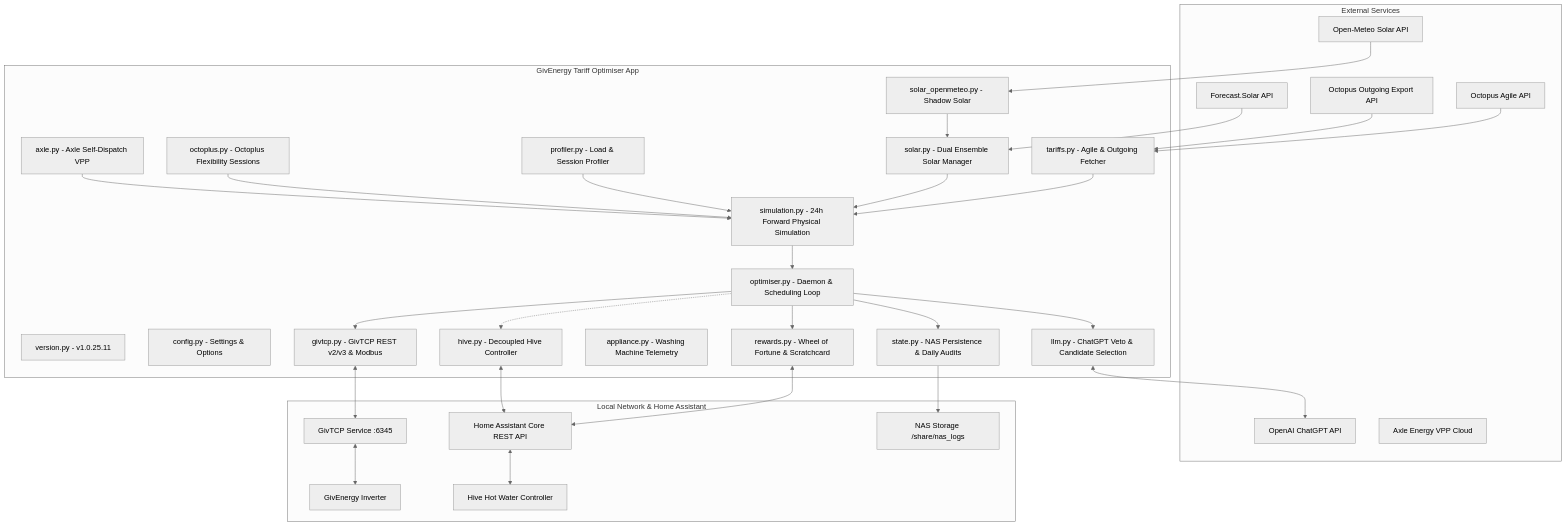
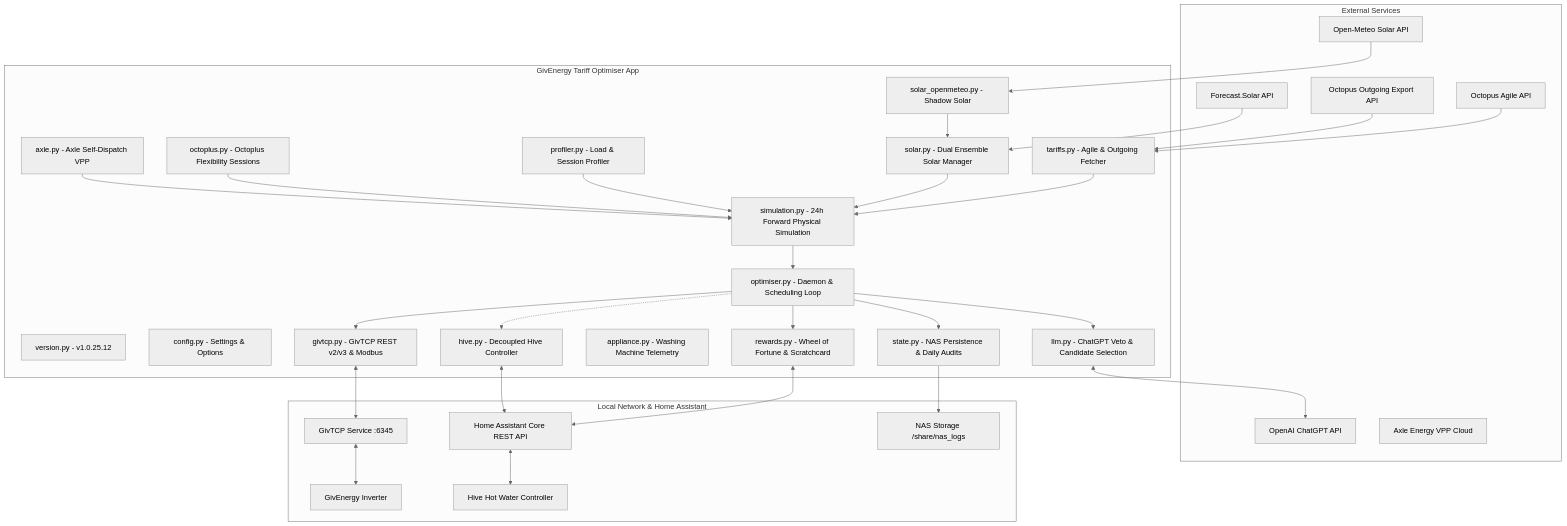
One commit to revhawk/GivEnergy_Tracker changed the first of 3 diagrams in ha-addon/SPECIFICATION.md. Above: the diagram before and after it, drawn with Mermaid (neutral theme). The commit also changed other lines of this file and 8 other files, not shown here.

````diff
--- a/ha-addon/SPECIFICATION.md
+++ b/ha-addon/SPECIFICATION.md
@@ -19,67 +19,67 @@
 ```mermaid
 graph TD
     subgraph External["External Services"]
         Agile["Octopus Agile API"]
         Outgoing["Octopus Outgoing Export API"]
         FSolar["Forecast.Solar API"]
         OMeteo["Open-Meteo Solar API"]
         OpenAI["OpenAI ChatGPT API"]
         Axle_Cloud["Axle Energy VPP Cloud"]
     end
 
     subgraph App["GivEnergy Tariff Optimiser App"]
-        Version["version.py - v1.0.25.11"]
+        Version["version.py - v1.0.25.12"]
         Config["config.py - Settings & Options"]
         Optimiser["optimiser.py - Daemon & Scheduling Loop"]
         SimEngine["simulation.py - 24h Forward Physical Simulation"]
         Tariff_Mod["tariffs.py - Agile & Outgoing Fetcher"]
         Solar_Mod["solar.py - Dual Ensemble Solar Manager"]
         Meteo_Mod["solar_openmeteo.py - Shadow Solar"]
         Profiler_Mod["profiler.py - Load & Session Profiler"]
         GivTCP_Mod["givtcp.py - GivTCP REST v2/v3 & Modbus"]
         Octoplus_Mod["octoplus.py - Octoplus Flexibility Sessions"]
         Axle_Mod["axle.py - Axle Self-Dispatch VPP"]
         Rewards_Mod["rewards.py - Wheel of Fortune & Scratchcard"]
         Appliance_Mod["appliance.py - Washing Machine Telemetry"]
         State_Mod["state.py - NAS Persistence & Daily Audits"]
         LLM_Mod["llm.py - ChatGPT Veto & Candidate Selection"]
         Hive_Mod["hive.py - Decoupled Hive Controller"]
     end
 
     subgraph Local["Local Network & Home Assistant"]
         GivTCP["GivTCP Service :6345"]
         Inverter["GivEnergy Inverter"]
         HA_API["Home Assistant Core REST API"]
         NAS_Share["NAS Storage /share/nas_logs"]
         Hive["Hive Hot Water Controller"]
     end
 
     Agile --> Tariff_Mod
     Outgoing --> Tariff_Mod
     FSolar --> Solar_Mod
     OMeteo --> Meteo_Mod
     Meteo_Mod --> Solar_Mod
 
     Tariff_Mod --> SimEngine
     Solar_Mod --> SimEngine
     Profiler_Mod --> SimEngine
     Octoplus_Mod --> SimEngine
     Axle_Mod --> SimEngine
 
     SimEngine --> Optimiser
     Optimiser --> LLM_Mod
     LLM_Mod <--> OpenAI
     Optimiser --> GivTCP_Mod
     GivTCP_Mod <--> GivTCP
     GivTCP <--> Inverter
 
     Optimiser --> State_Mod
     State_Mod --> NAS_Share
 
     Optimiser --> Rewards_Mod
     Rewards_Mod <--> HA_API
 
     Optimiser -.-> Hive_Mod
     Hive_Mod <--> HA_API
     HA_API <--> Hive
 ```
````
